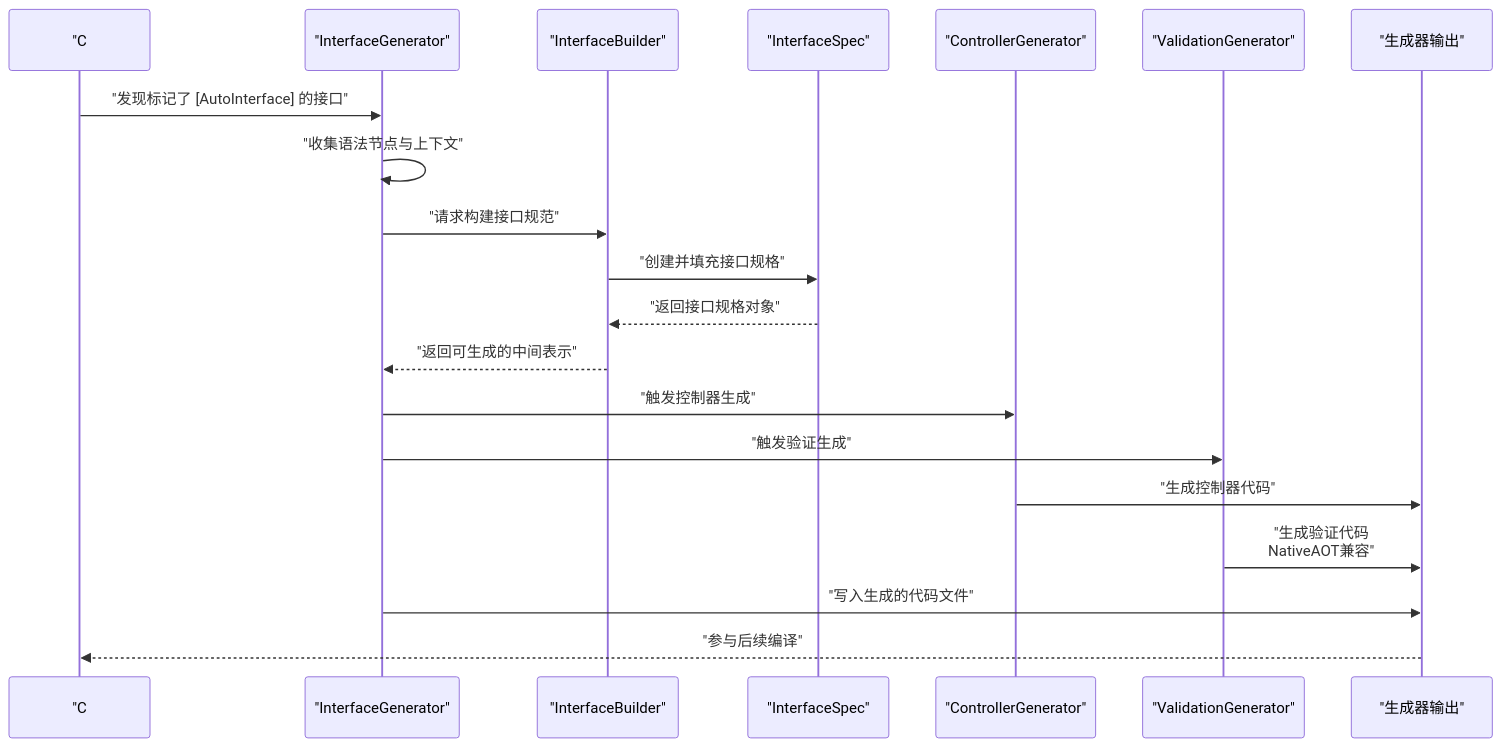
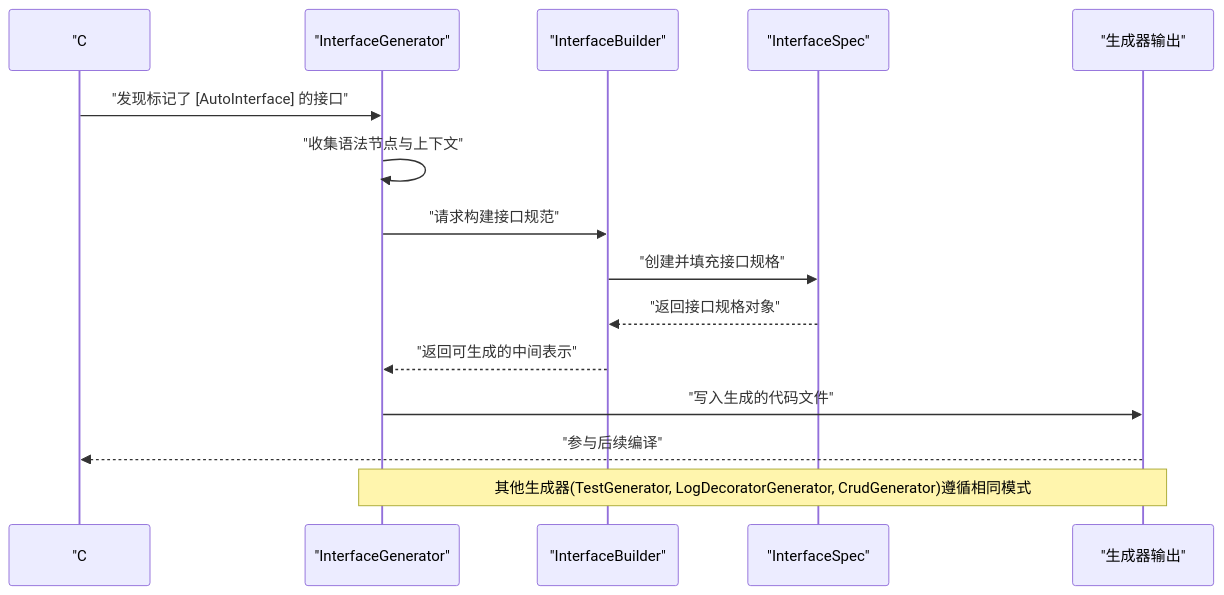
Before and after one commit to alivy/AutoCode: the second of 7 diagrams in .qoder/repowiki/zh/content/源代码生成器/源代码生成器.md, drawn with Mermaid. The commit also changed other lines of this file and 152 other files, not shown here.

````diff
--- a/.qoder/repowiki/zh/content/源代码生成器/源代码生成器.md
+++ b/.qoder/repowiki/zh/content/源代码生成器/源代码生成器.md
@@ -145,22 +158,17 @@
 ```mermaid
 sequenceDiagram
 participant Compiler as "C# 编译器"
 participant Gen as "InterfaceGenerator"
 participant Bld as "InterfaceBuilder"
-participant Spec as "InterfaceSpec"
-participant Ctrl as "ControllerGenerator"
-participant Val as "ValidationGenerator"
-participant Output as "生成器输出"
+participant Spc as "InterfaceSpec"
+participant Out as "生成器输出"
 Compiler->>Gen : "发现标记了 [AutoInterface] 的接口"
 Gen->>Gen : "收集语法节点与上下文"
 Gen->>Bld : "请求构建接口规范"
-Bld->>Spec : "创建并填充接口规格"
-Spec-->>Bld : "返回接口规格对象"
+Bld->>Spc : "创建并填充接口规格"
+Spc-->>Bld : "返回接口规格对象"
 Bld-->>Gen : "返回可生成的中间表示"
-Gen->>Ctrl : "触发控制器生成"
-Gen->>Val : "触发验证生成"
-Ctrl->>Output : "生成控制器代码"
-Val->>Output : "生成验证代码<br/>NativeAOT兼容"
-Gen->>Output : "写入生成的代码文件"
-Output-->>Compiler : "参与后续编译"
+Gen->>Out : "写入生成的代码文件"
+Out-->>Compiler : "参与后续编译"
+Note over Gen,Out : 其他生成器(TestGenerator, LogDecoratorGenerator, CrudGenerator)遵循相同模式
 ```
````
